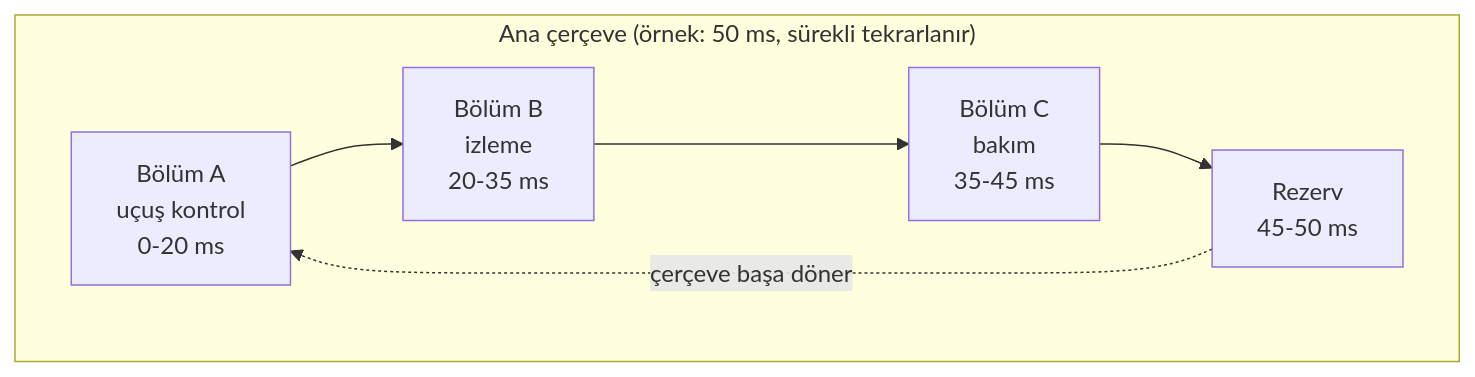
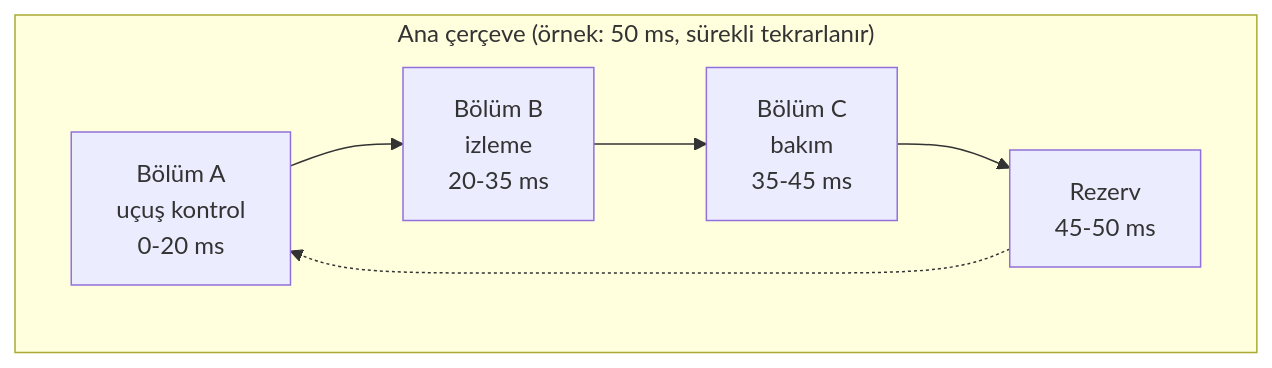
Before and after one commit to Mavrikant/aviyonikyazilim: the diagram in kitap/05-ozel-konular/21-yazilim-bolumlemesi.mdx, drawn with Mermaid. The commit also changed 27 other files, not shown here.

````diff
--- a/kitap/05-ozel-konular/21-yazilim-bolumlemesi.mdx
+++ b/kitap/05-ozel-konular/21-yazilim-bolumlemesi.mdx
@@ -165,10 +165,10 @@
 ```mermaid
 flowchart LR
     subgraph MF["Ana çerçeve (örnek: 50 ms, sürekli tekrarlanır)"]
         direction LR
         A["Bölüm A<br/>uçuş kontrol<br/>0-20 ms"] --> B["Bölüm B<br/>izleme<br/>20-35 ms"]
         B --> C["Bölüm C<br/>bakım<br/>35-45 ms"]
         C --> R["Rezerv<br/>45-50 ms"]
     end
-    R -.çerçeve başa döner.-> A
+    R -.-> A
 ```
````
